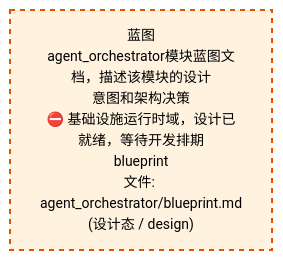
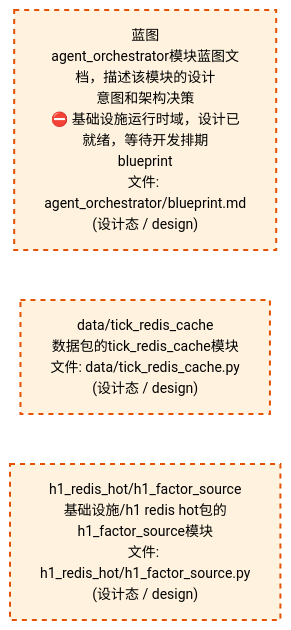
Before and after one commit to xuanFelixVan/ZephyrAlpha: the third of 4 diagrams in docs/02_enterprise_architecture/02_domain_architecture_docs/06_d_infra_runtime.md, drawn with Mermaid. The commit also changed other lines of this file and 41 other files, not shown here.

````diff
--- a/docs/02_enterprise_architecture/02_domain_architecture_docs/06_d_infra_runtime.md
+++ b/docs/02_enterprise_architecture/02_domain_architecture_docs/06_d_infra_runtime.md
@@ -1085,10 +1093,14 @@
 ```mermaid
 %%{init: {'theme': 'base', 'themeVariables': {'primaryColor': '#eaeaea', 'primaryTextColor': '#333333', 'primaryBorderColor': '#666666', 'lineColor': '#666666', 'secondaryColor': '#eaeaea', 'tertiaryColor': '#eaeaea', 'fontSize': '14px'}}}%%
 flowchart TD
     docs_03_modules_cross_layer_agent_orchestrator_blueprint_md["蓝图<br/>agent_orchestrator模块蓝图文档，描述该模块的设计<br/>意图和架构决策<br/>⛔ 基础设施运行时域，设计已就绪，等待开发排期<br/>blueprint<br/>文件: agent_orchestrator/blueprint.md<br/>(设计态 / design)"]
+    src_zephyr_data_tick_redis_cache_py["data/tick_redis_cache<br/>数据包的tick_redis_cache模块<br/>文件: data/tick_redis_cache.py<br/>(设计态 / design)"]
+    src_zephyr_infrastructure_h1_redis_hot_h1_factor_source_py["h1_redis_hot/h1_factor_source<br/>基础设施/h1 redis hot包的h1_factor_source模块<br/>文件: h1_redis_hot/h1_factor_source.py<br/>(设计态 / design)"]
+    docs_03_modules_cross_layer_agent_orchestrator_blueprint_md ~~~ src_zephyr_data_tick_redis_cache_py
+    src_zephyr_data_tick_redis_cache_py ~~~ src_zephyr_infrastructure_h1_redis_hot_h1_factor_source_py
     classDef production fill:#e1f5fe,stroke:#01579b,stroke-width:2px,color:#000
     classDef design fill:#fff3e0,stroke:#e65100,stroke-width:2px,color:#000,stroke-dasharray: 5 5
     classDef external_prod fill:#e8f4fd,stroke:#0277bd,stroke-width:1px,color:#000
     classDef external_design fill:#fff8e7,stroke:#ef6c00,stroke-width:1px,color:#000,stroke-dasharray: 5 5
-    class docs_03_modules_cross_layer_agent_orchestrator_blueprint_md design
+    class docs_03_modules_cross_layer_agent_orchestrator_blueprint_md,src_zephyr_data_tick_redis_cache_py,src_zephyr_infrastructure_h1_redis_hot_h1_factor_source_py design
 ```
````
